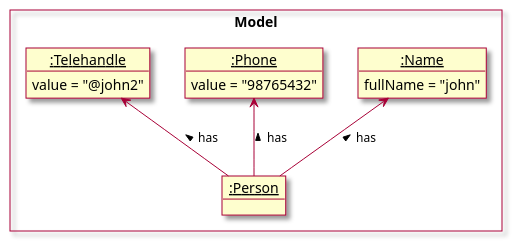
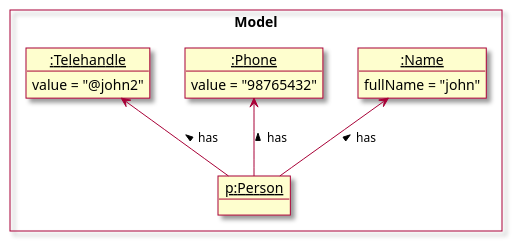
One commit to tanteckfang/tp changed the diagram in docs/diagrams/TelehandleObjectDiagram.puml. Above: the diagram before and after it, drawn with PlantUML. The commit also changed 6 other files, not shown here.

Commit message:
Update DG on the implementation of telehandle and various diagrams

```diff
--- a/docs/diagrams/TelehandleObjectDiagram.puml
+++ b/docs/diagrams/TelehandleObjectDiagram.puml
@@ -1,26 +1,26 @@
 @startuml
 skin rose
 skinparam ActivityFontSize 15
 skinparam ArrowFontSize 12
 
 package Model <<Rectangle>>{
-    Object "<u>:Person" as Person {
+    Object "<u>p:Person" as Person {
 
     }
 
     Object "<u>:Name" as Name {
         fullName = "john"
     }
     Object "<u>:Phone" as Phone {
         value = "98765432"
     }
     Object "<u>:Telehandle" as Telehandle {
         value = "@john2"
     }
 }
 
 Name <-- Person : has <
 Phone <-- Person : has <
 Telehandle <-- Person : has <
 
 @enduml
```
